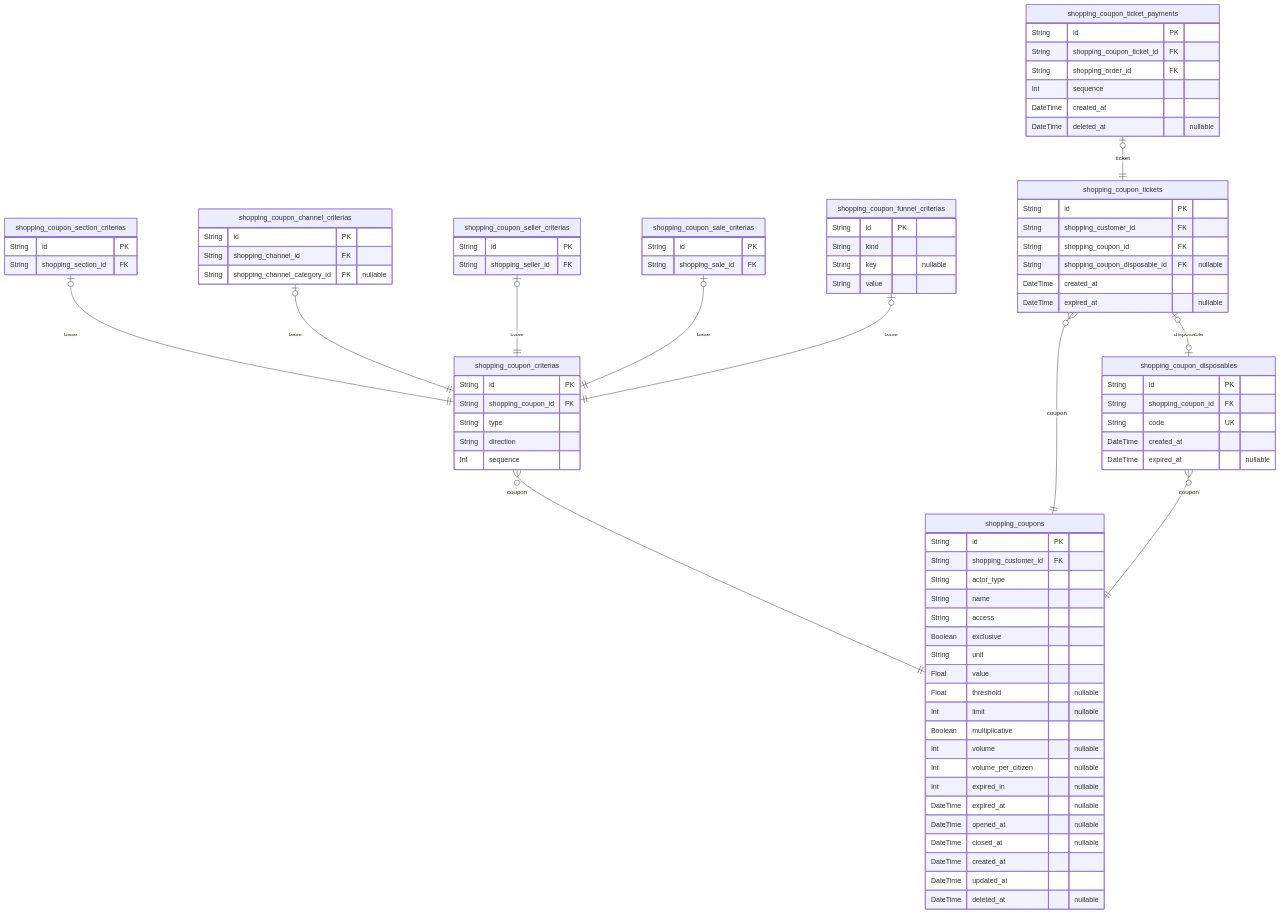
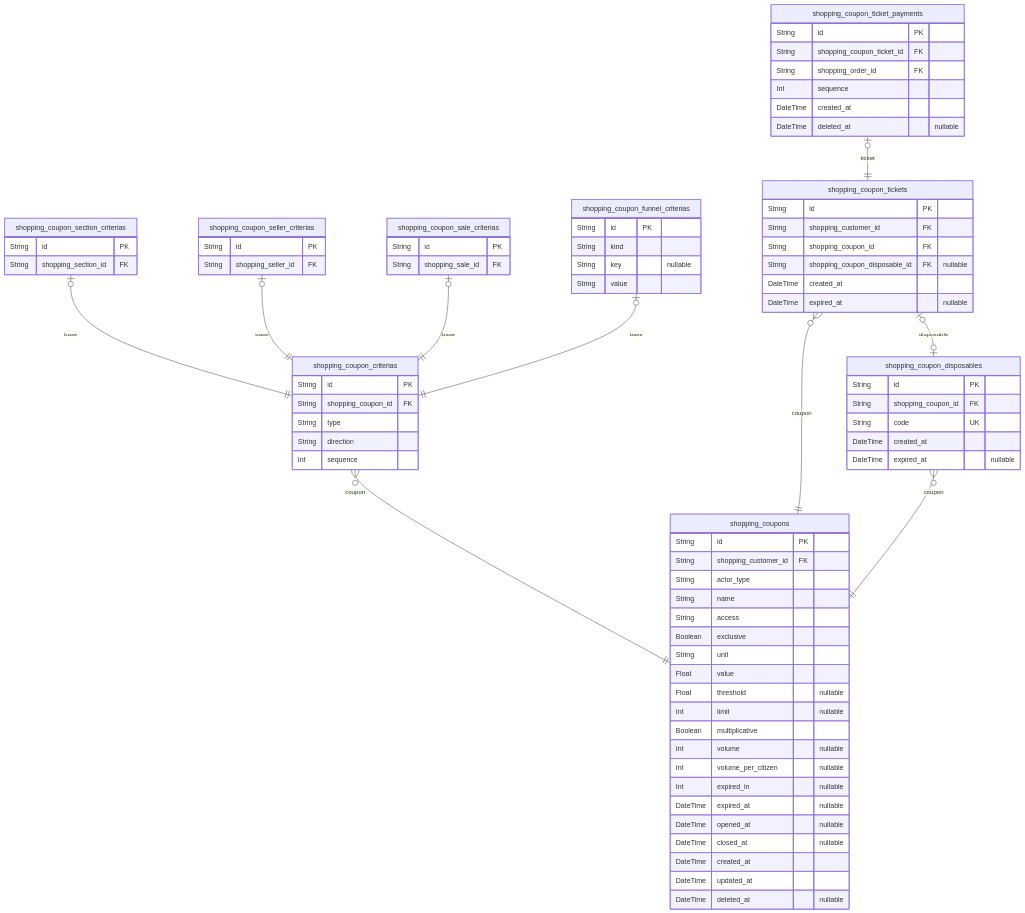
Before and after one commit to samchon/shopping-backend: the seventh of 10 diagrams in prisma/docs/ERD.md, drawn with Mermaid. The commit also changed other lines of this file and 75 other files, not shown here.

```diff
--- a/prisma/docs/ERD.md
+++ b/prisma/docs/ERD.md
@@ -1791,11 +1760,6 @@
 "shopping_coupon_section_criterias" {
   String id PK
   String shopping_section_id FK
-}
-"shopping_coupon_channel_criterias" {
-  String id PK
-  String shopping_channel_id FK
-  String shopping_channel_category_id FK "nullable"
 }
 "shopping_coupon_seller_criterias" {
   String id PK
@@ -1836,7 +1800,6 @@
 }
 "shopping_coupon_criterias" }o--|| "shopping_coupons" : coupon
 "shopping_coupon_section_criterias" |o--|| "shopping_coupon_criterias" : base
-"shopping_coupon_channel_criterias" |o--|| "shopping_coupon_criterias" : base
 "shopping_coupon_seller_criterias" |o--|| "shopping_coupon_criterias" : base
 "shopping_coupon_sale_criterias" |o--|| "shopping_coupon_criterias" : base
 "shopping_coupon_funnel_criterias" |o--|| "shopping_coupon_criterias" : base
```
